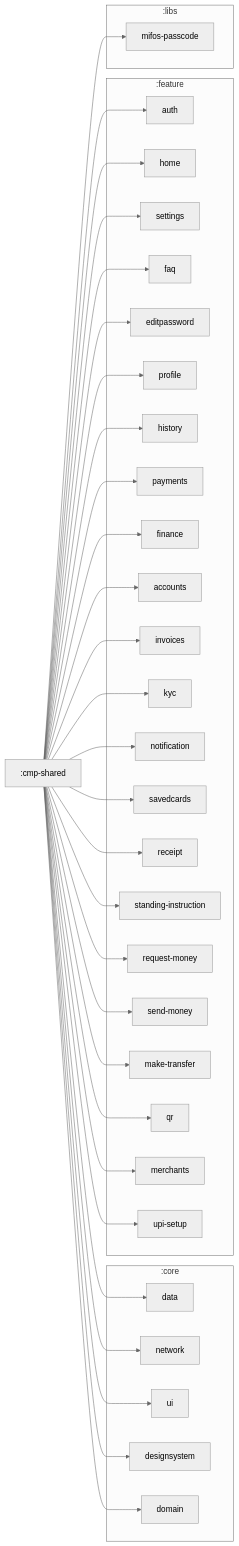
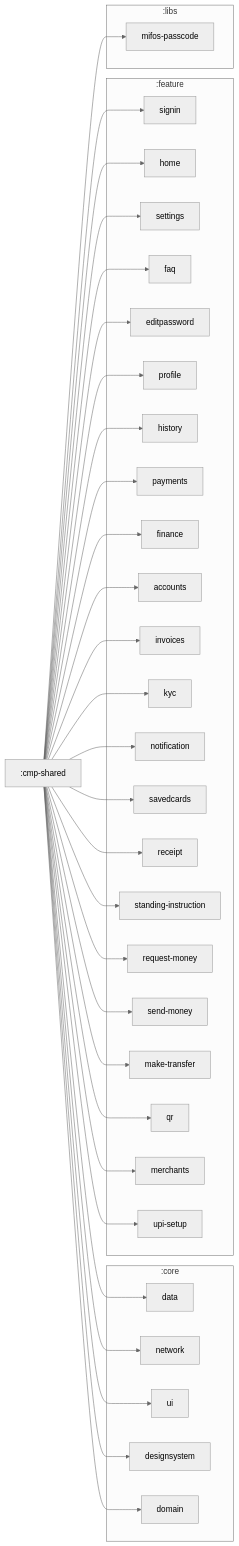
One commit to therajanmaurya/mifos-x-field-officer-app changed the diagram in cmp-shared/README.md. Above: the diagram before and after it, drawn with Mermaid. The commit also changed 42 other files, not shown here.

Commit message:
chore(source): update cmp-navigation/src/commonMain/kotlin/cmp/navigation/auth/AuthNavigation.kt cmp-navigation/src/commonMain/kotlin/cmp/navigation/rootnav/RootNavScreen.kt cmp-navigation/src/commonTest/kotlin/cmp/navigation/NavigationGraphSmokeTest.kt

````diff
--- a/cmp-shared/README.md
+++ b/cmp-shared/README.md
@@ -3,71 +3,71 @@
 ```mermaid
 %%{
   init: {
     'theme': 'neutral'
   }
 }%%
 
 graph LR
   subgraph :core
     :core:data["data"]
     :core:network["network"]
     :core:ui["ui"]
     :core:designsystem["designsystem"]
     :core:domain["domain"]
   end
   subgraph :feature
-    :feature:auth["auth"]
+    :feature:signin["signin"]
     :feature:home["home"]
     :feature:settings["settings"]
     :feature:faq["faq"]
     :feature:editpassword["editpassword"]
     :feature:profile["profile"]
     :feature:history["history"]
     :feature:payments["payments"]
     :feature:finance["finance"]
     :feature:accounts["accounts"]
     :feature:invoices["invoices"]
     :feature:kyc["kyc"]
     :feature:notification["notification"]
     :feature:savedcards["savedcards"]
     :feature:receipt["receipt"]
     :feature:standing-instruction["standing-instruction"]
     :feature:request-money["request-money"]
     :feature:send-money["send-money"]
     :feature:make-transfer["make-transfer"]
     :feature:qr["qr"]
     :feature:merchants["merchants"]
     :feature:upi-setup["upi-setup"]
   end
   subgraph :libs
     :libs:mifos-passcode["mifos-passcode"]
   end
   :cmp-shared --> :core:data
   :cmp-shared --> :core:network
   :cmp-shared --> :core:ui
   :cmp-shared --> :core:designsystem
   :cmp-shared --> :core:domain
-  :cmp-shared --> :feature:auth
+  :cmp-shared --> :feature:signin
   :cmp-shared --> :libs:mifos-passcode
   :cmp-shared --> :feature:home
   :cmp-shared --> :feature:settings
   :cmp-shared --> :feature:faq
   :cmp-shared --> :feature:editpassword
   :cmp-shared --> :feature:profile
   :cmp-shared --> :feature:history
   :cmp-shared --> :feature:payments
   :cmp-shared --> :feature:finance
   :cmp-shared --> :feature:accounts
   :cmp-shared --> :feature:invoices
   :cmp-shared --> :feature:kyc
   :cmp-shared --> :feature:notification
   :cmp-shared --> :feature:savedcards
   :cmp-shared --> :feature:receipt
   :cmp-shared --> :feature:standing-instruction
   :cmp-shared --> :feature:request-money
   :cmp-shared --> :feature:send-money
   :cmp-shared --> :feature:make-transfer
   :cmp-shared --> :feature:qr
   :cmp-shared --> :feature:merchants
   :cmp-shared --> :feature:upi-setup
 ```
````
